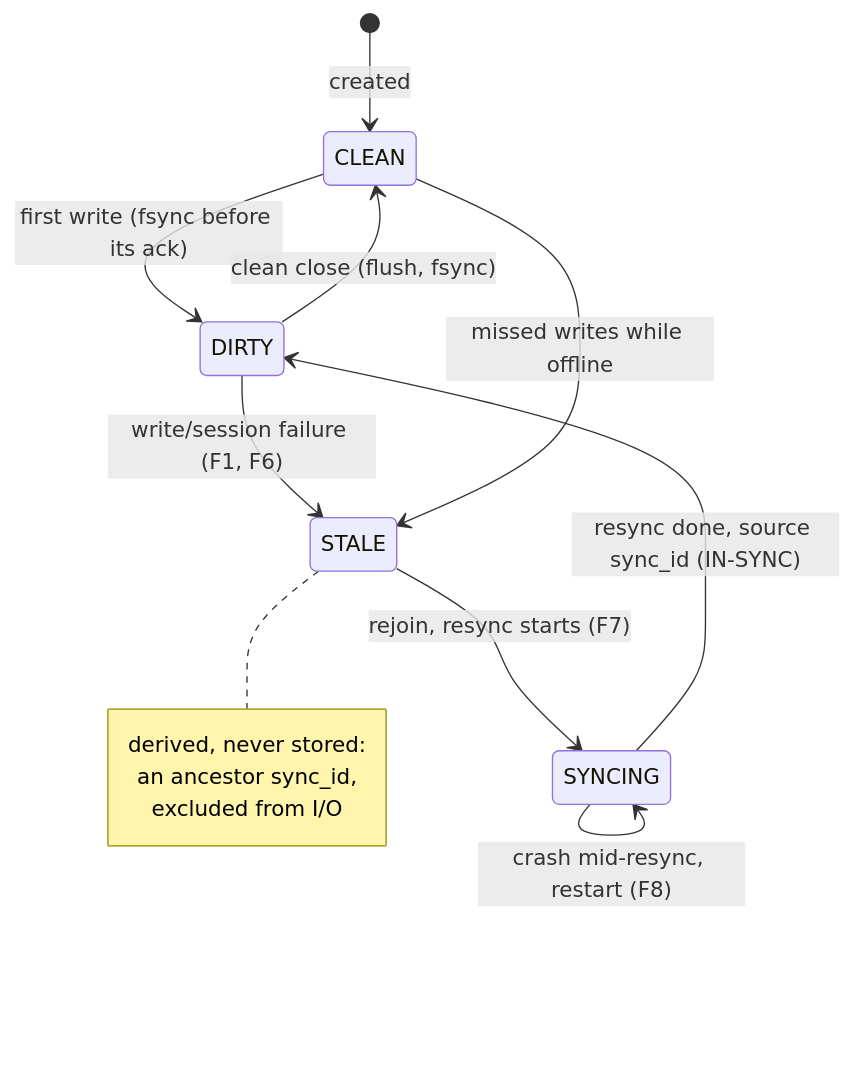
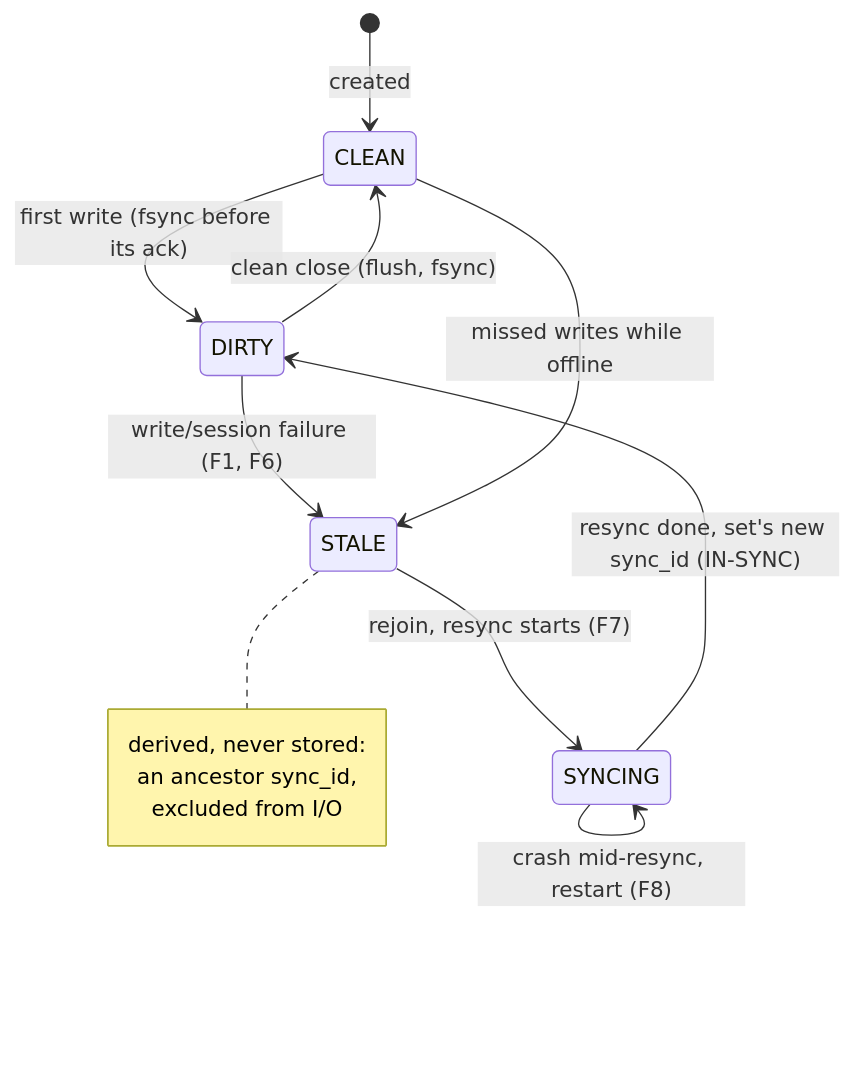
Before and after one commit to rawstor/librawstor: the first of 5 diagrams in docs/mirroring.md, drawn with Mermaid. The commit also changed other lines of this file and 7 other files, not shown here.

````diff
--- a/docs/mirroring.md
+++ b/docs/mirroring.md
@@ -67,17 +67,17 @@
 ```mermaid
 stateDiagram-v2
     direction TB
     [*] --> CLEAN : created
     CLEAN --> DIRTY : first write (fsync before its ack)
     DIRTY --> CLEAN : clean close (flush, fsync)
     DIRTY --> STALE : write/session failure (F1, F6)
     CLEAN --> STALE : missed writes while offline
     STALE --> SYNCING : rejoin, resync starts (F7)
     SYNCING --> SYNCING : crash mid-resync, restart (F8)
-    SYNCING --> DIRTY : resync done, source sync_id (IN-SYNC)
+    SYNCING --> DIRTY : resync done, set's new sync_id (IN-SYNC)
     note right of STALE
         derived, never stored:
         an ancestor sync_id,
         excluded from I/O
     end note
 ```
````
